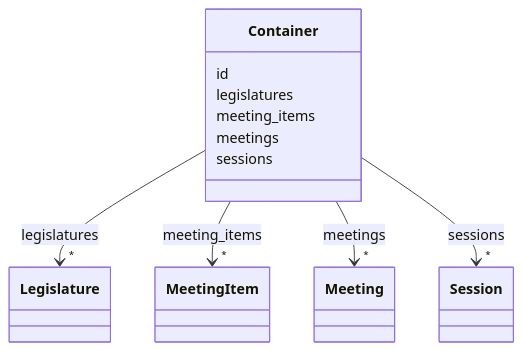
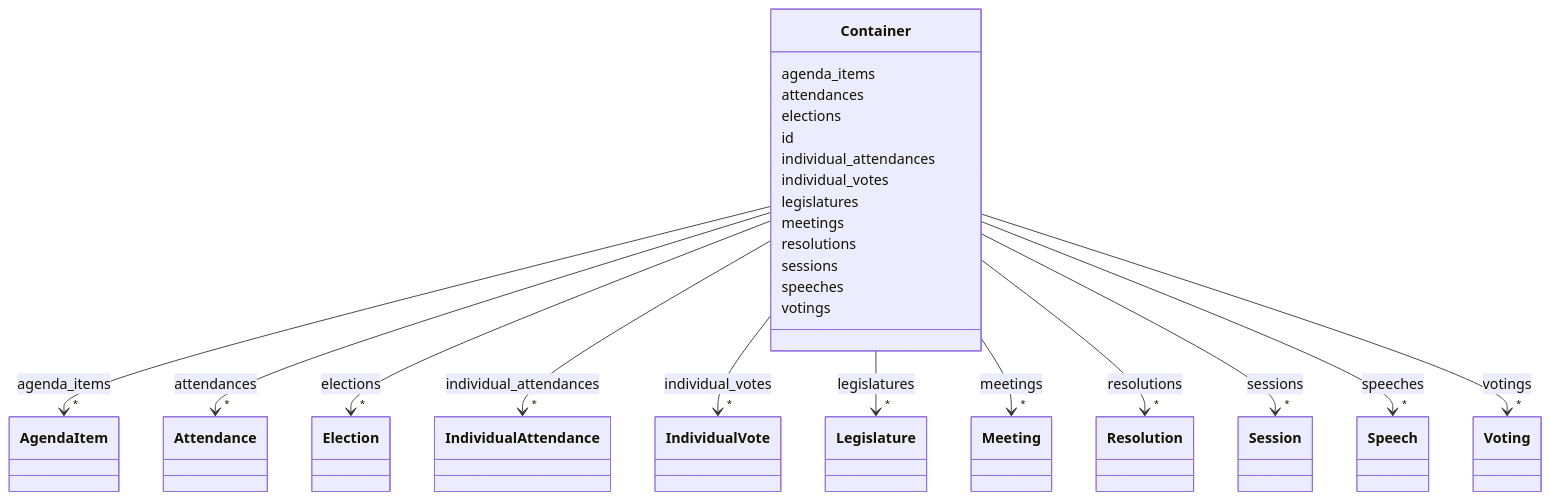
The diagram in ech-0293_operations/output/docs/Container.md (swiss/political-affairs-ech-group), drawn with Mermaid before and after one commit. The commit also changed other lines of this file and 174 other files, not shown here.

````diff
--- a/ech-0293_operations/output/docs/Container.md
+++ b/ech-0293_operations/output/docs/Container.md
@@ -14,8 +13,63 @@
 ```mermaid
  classDiagram
     class Container
-    click Container href "../Container"
+    click Container href "../Container/"
+      Container : agenda_items
+        
+          
+    
+        
+        
+        Container --> "*" AgendaItem : agenda_items
+        click AgendaItem href "../AgendaItem/"
+    
+
+        
+      Container : attendances
+        
+          
+    
+        
+        
+        Container --> "*" Attendance : attendances
+        click Attendance href "../Attendance/"
+    
+
+        
+      Container : elections
+        
+          
+    
+        
+        
+        Container --> "*" Election : elections
+        click Election href "../Election/"
+    
+
+        
       Container : id
+        
+      Container : individual_attendances
+        
+          
+    
+        
+        
+        Container --> "*" IndividualAttendance : individual_attendances
+        click IndividualAttendance href "../IndividualAttendance/"
+    
+
+        
+      Container : individual_votes
+        
+          
+    
+        
+        
+        Container --> "*" IndividualVote : individual_votes
+        click IndividualVote href "../IndividualVote/"
+    
+
         
       Container : legislatures
         
@@ -24,18 +78,7 @@
         
         
         Container --> "*" Legislature : legislatures
-        click Legislature href "../Legislature"
-    
-
-        
-      Container : meeting_items
-        
-          
-    
-        
-        
-        Container --> "*" MeetingItem : meeting_items
-        click MeetingItem href "../MeetingItem"
+        click Legislature href "../Legislature/"
     
 
         
@@ -46,7 +89,18 @@
         
         
         Container --> "*" Meeting : meetings
-        click Meeting href "../Meeting"
+        click Meeting href "../Meeting/"
+    
+
+        
+      Container : resolutions
+        
+          
+    
+        
+        
+        Container --> "*" Resolution : resolutions
+        click Resolution href "../Resolution/"
     
 
         
@@ -57,7 +111,29 @@
         
         
         Container --> "*" Session : sessions
-        click Session href "../Session"
+        click Session href "../Session/"
+    
+
+        
+      Container : speeches
+        
+          
+    
+        
+        
+        Container --> "*" Speech : speeches
+        click Speech href "../Speech/"
+    
+
+        
+      Container : votings
+        
+          
+    
+        
+        
+        Container --> "*" Voting : votings
+        click Voting href "../Voting/"
     
 
         
````
